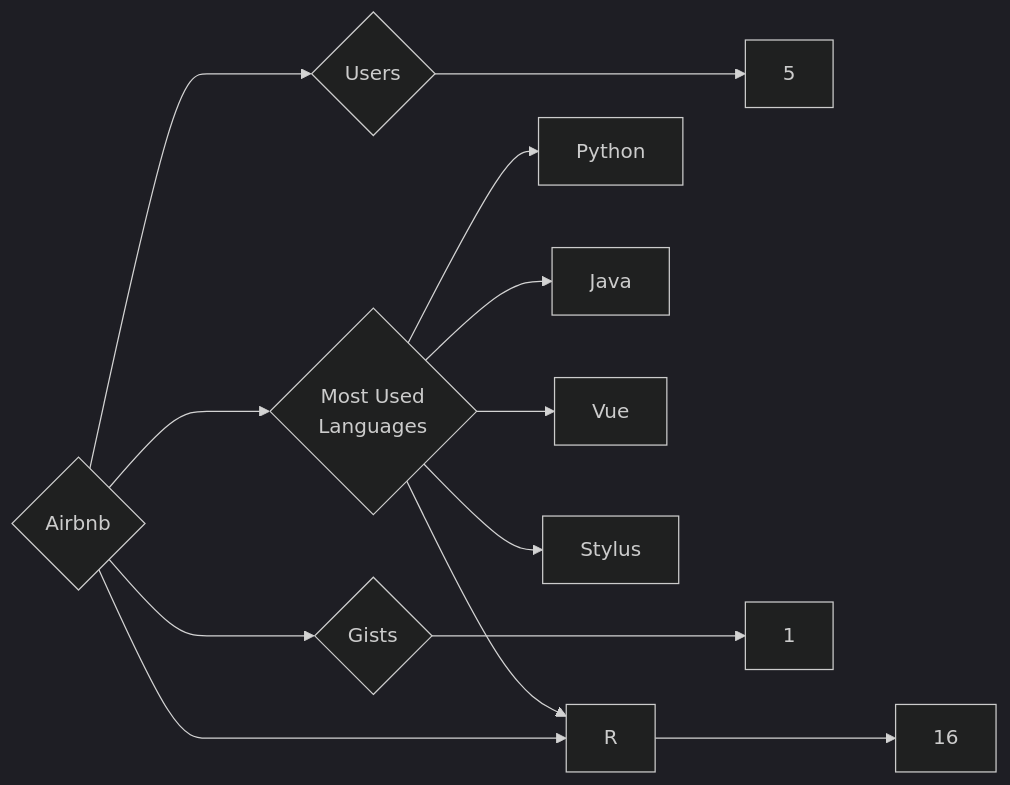
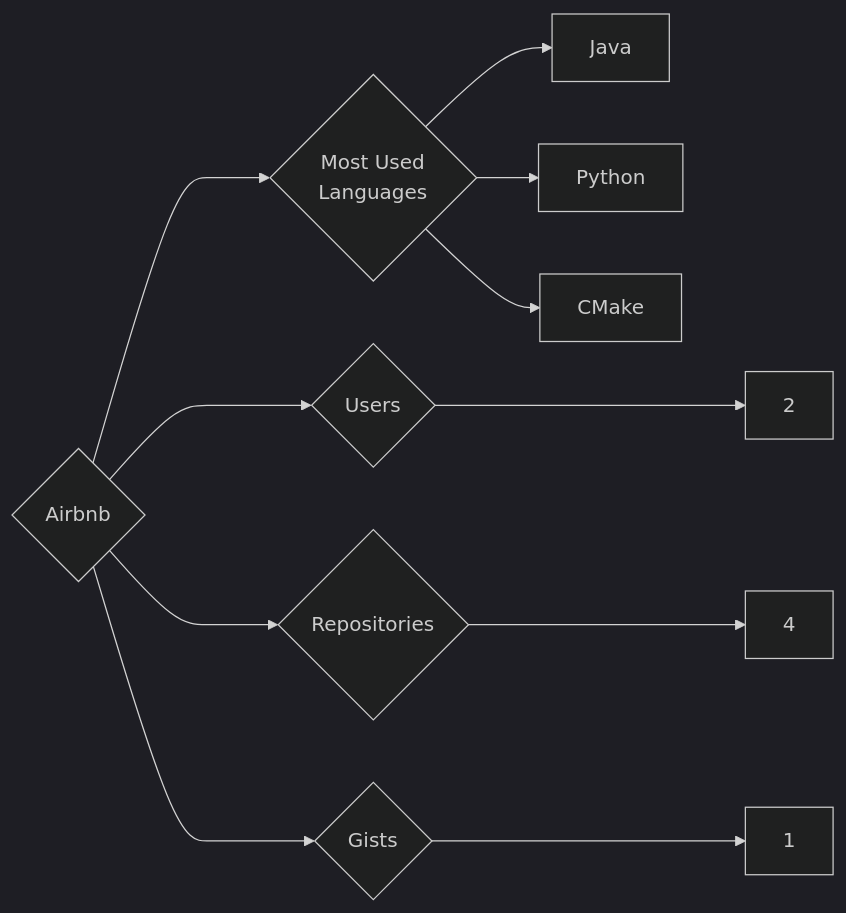
The diagram in targets/Airbnb/README.md (trickest/insiders), drawn with Mermaid (dark theme) before and after one commit. The commit also changed 1007 other files, not shown here.

````diff
--- a/targets/Airbnb/README.md
+++ b/targets/Airbnb/README.md
@@ -3,13 +3,11 @@
 ```mermaid
 graph LR
 COMPANY_NAME{Airbnb}
-COMPANY_NAME ---> U{Users} ---> UN[5]
-COMPANY_NAME ---> R{Repositories} ---> RN[16]
+COMPANY_NAME ---> U{Users} ---> UN[2]
+COMPANY_NAME ---> R{Repositories} ---> RN[4]
 COMPANY_NAME ---> G{Gists} ---> GN[1]
 COMPANY_NAME ---> ML{Most Used<br>Languages}
+ML --> Java[Java]
 ML --> Python[Python]
-ML --> Java[Java]
-ML --> R[R]
-ML --> Vue[Vue]
-ML --> Stylus[Stylus]
+ML --> CMake[CMake]
 ```
````
